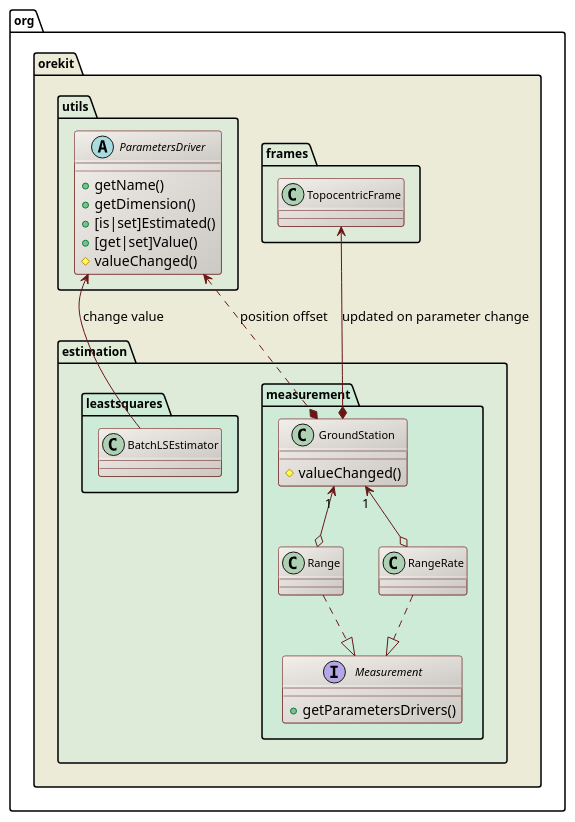
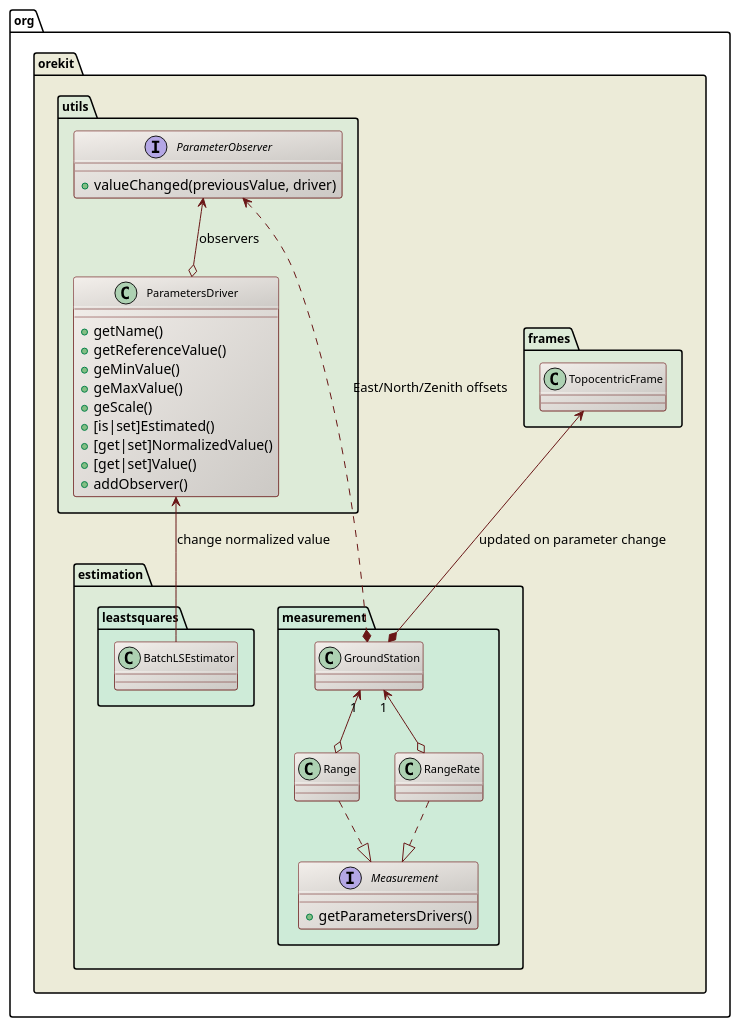
One commit to CS-SI/Orekit changed the diagram in src/design/orbit-determination-parameters-class-diagram.puml. Above: the diagram before and after it, drawn with PlantUML. The commit also changed 10 other files, not shown here.

Commit message:
Changed initial value -> reference value in parameters drivers.

```diff
--- a/src/design/orbit-determination-parameters-class-diagram.puml
+++ b/src/design/orbit-determination-parameters-class-diagram.puml
@@ -17,56 +17,62 @@
 @startuml
 
   skinparam svek                  true
   skinparam ClassBackgroundColor  #F3EFEB/CCC9C5
   skinparam ClassArrowColor       #691616
   skinparam ClassBorderColor      #691616
   skinparam NoteBackgroundColor   #F3EFEB
   skinparam NoteBorderColor       #691616
   skinparam NoteFontColor         #691616
   skinparam ClassFontSize         11
   skinparam PackageFontSize       12
 
   package org.orekit #ECEBD8 {
 
     package frames #DDEBD8 {
       class TopocentricFrame
     }
 
     package utils #DDEBD8 {
-      abstract class ParametersDriver {
+      interface ParameterObserver {
+        +valueChanged(previousValue, driver)
+      }
+      class ParametersDriver {
         +getName()
-        +getDimension()
+        +getReferenceValue()
+        +geMinValue()
+        +geMaxValue()
+        +geScale()
         +[is|set]Estimated()
+        +[get|set]NormalizedValue()
         +[get|set]Value()
-        #valueChanged()
+        +addObserver()
       }
+      ParameterObserver <--o ParametersDriver : observers
     }
 
     package estimation #DDEBD8 {
 
       package leastsquares #CEEBD8 { 
         class BatchLSEstimator
       }
 
-      ParametersDriver <-- BatchLSEstimator : change value
+      ParametersDriver <-- BatchLSEstimator : change normalized value
       package measurement #CEEBD8 {
         interface Measurement {
           +getParametersDrivers()
         }
-        class GroundStation {
-          #valueChanged()
-        }
+        class GroundStation
         Range     ..|> Measurement
         RangeRate ..|> Measurement
         GroundStation "1" <--o Range
         GroundStation "1" <--o RangeRate
-        ParametersDriver <..* GroundStation : position offset
+        ParameterObserver <..* GroundStation : East/North/Zenith offsets
         TopocentricFrame <--* GroundStation : updated on parameter change
        }
 
     }
 
   }
 
 
 @enduml
```
